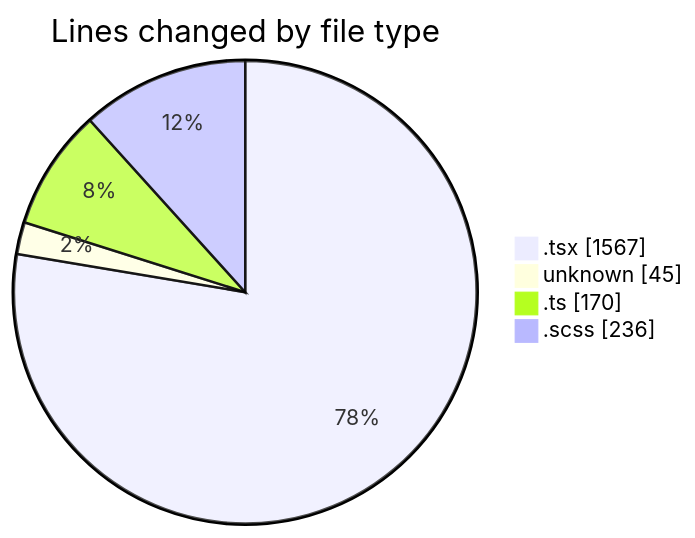
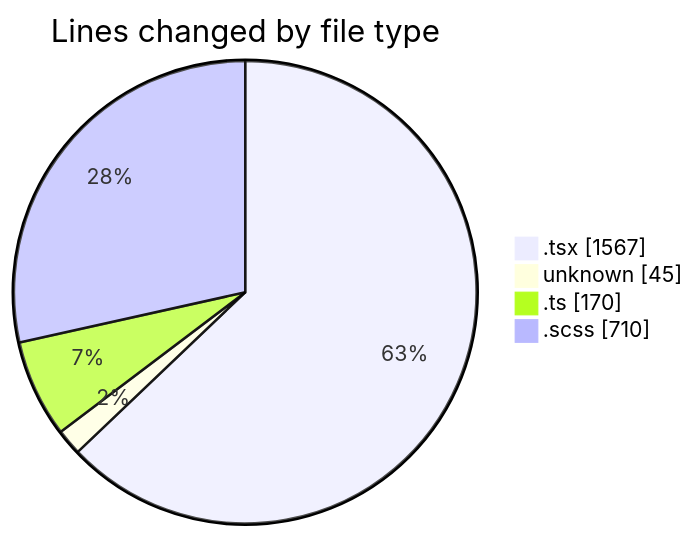
The first of 2 diagrams in 2025-09-01/cda/README.md (momahboobian/code-tracking), drawn with Mermaid before and after one commit. The commit also changed other lines of this file and 1 other file, not shown here.

````diff
--- a/2025-09-01/cda/README.md
+++ b/2025-09-01/cda/README.md
@@ -26,8 +26,8 @@
 ```mermaid
 pie showData
 title Lines changed by file type
 ".tsx" : 1567
 "unknown" : 45
 ".ts" : 170
-".scss" : 236
+".scss" : 710
 ```
````
